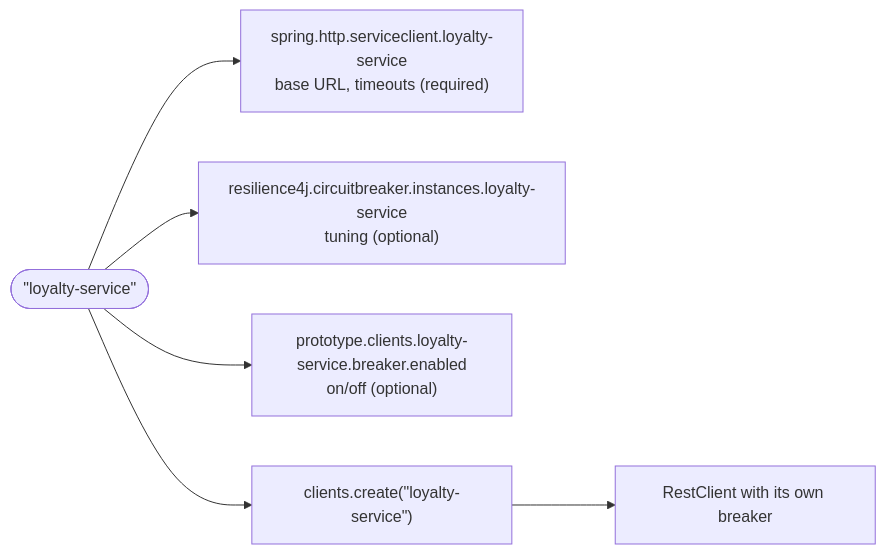
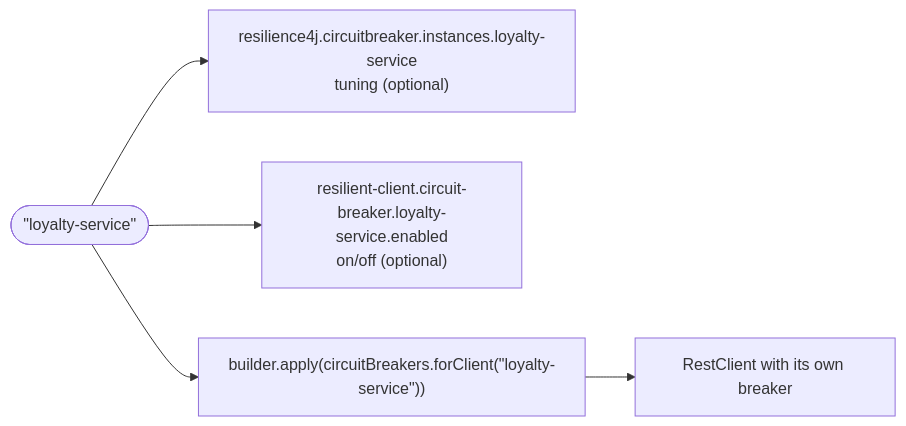
One commit to thepipeman/prototype-integrations changed the second of 2 diagrams in README.md. Above: the diagram before and after it, drawn with Mermaid. The commit also changed other lines of this file and 20 other files, not shown here.

First line of the commit message:
Circuit breaker v2: apply breakers to existing RestClients

````diff
--- a/README.md
+++ b/README.md
@@ -74,8 +81,7 @@
 ```mermaid
 flowchart LR
-    N(["&quot;loyalty-service&quot;"]) --> T["spring.http.serviceclient.loyalty-service<br/>base URL, timeouts (required)"]
-    N --> R["resilience4j.circuitbreaker.instances.loyalty-service<br/>tuning (optional)"]
-    N --> P["prototype.clients.loyalty-service.breaker.enabled<br/>on/off (optional)"]
-    N --> C["clients.create(&quot;loyalty-service&quot;)"]
+    N(["&quot;loyalty-service&quot;"]) --> R["resilience4j.circuitbreaker.instances.loyalty-service<br/>tuning (optional)"]
+    N --> P["resilient-client.circuit-breaker.loyalty-service.enabled<br/>on/off (optional)"]
+    N --> C["builder.apply(circuitBreakers.forClient(&quot;loyalty-service&quot;))"]
     C --> B["RestClient with its own breaker"]
 ```
````
